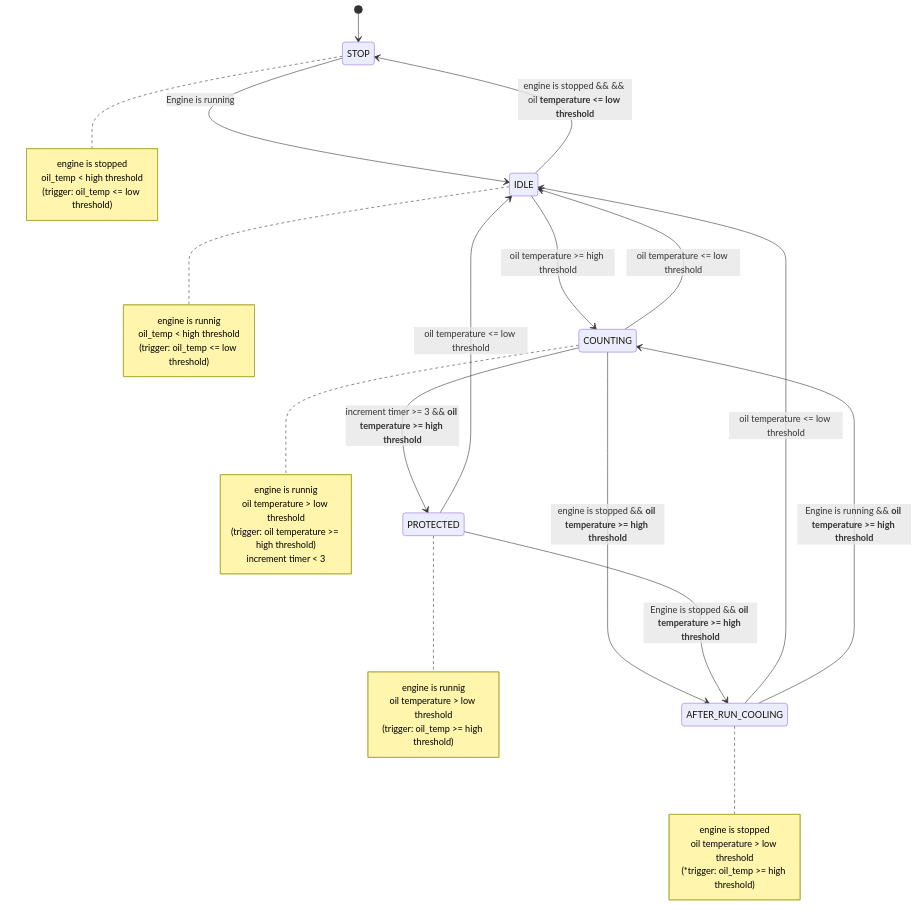
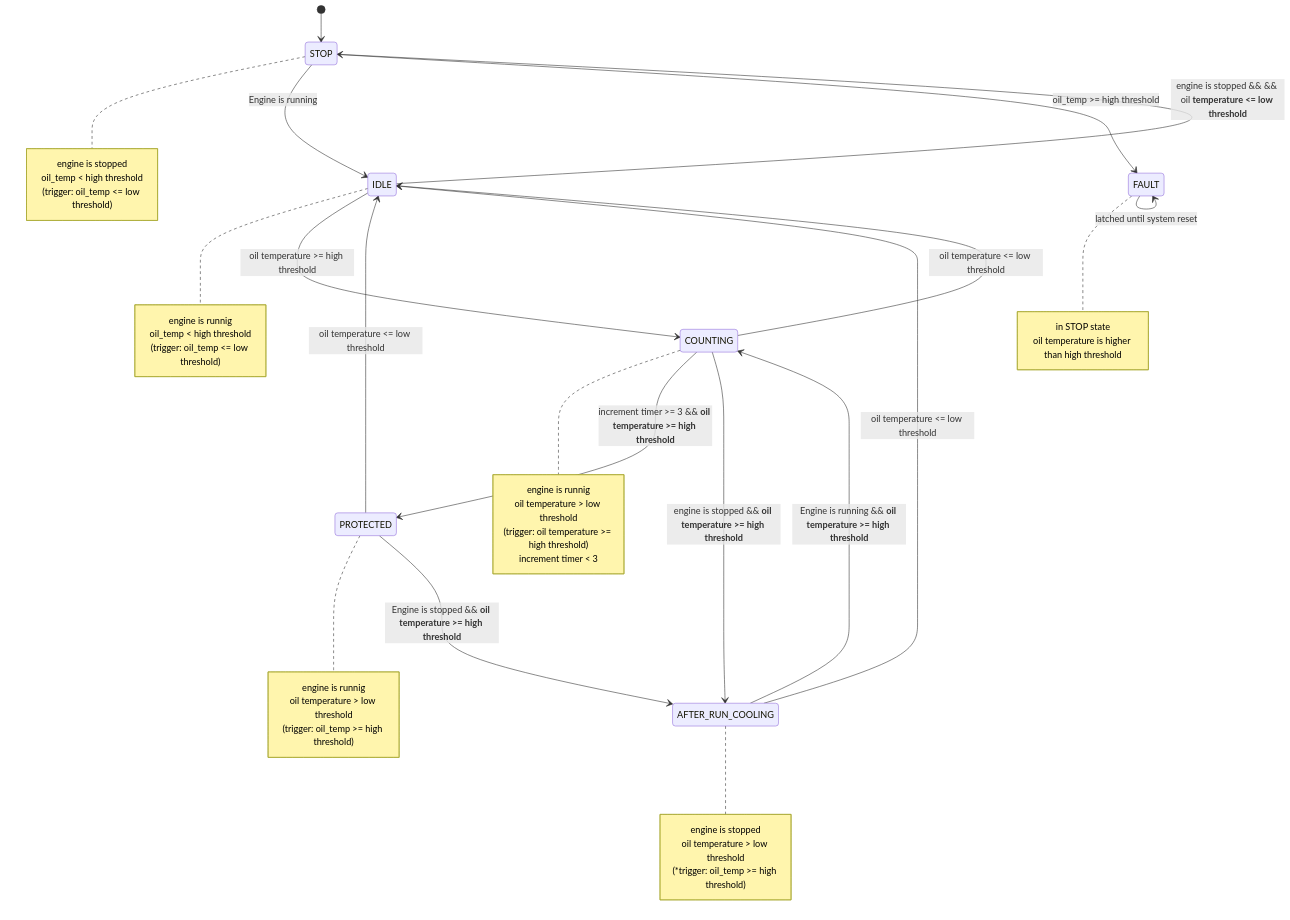
One commit to CY-M02605/Embedded-Control-Architecture changed the diagram in README.md. Above: the diagram before and after it, drawn with Mermaid. The commit also changed other lines of this file and 3 other files, not shown here.

````diff
--- a/README.md
+++ b/README.md
@@ -232,45 +235,52 @@
 ```mermaid
 stateDiagram-v2
     [*] --> STOP
 
     note right of STOP
         engine is stopped
         oil_temp < high threshold
         (trigger: oil_temp <= low threshold)
     end note
     STOP --> IDLE: Engine is running
+    STOP --> FAULT: oil_temp >= high threshold
 
     note right of IDLE
         engine is runnig
         oil_temp < high threshold
         (trigger: oil_temp <= low threshold)
     end note
     IDLE --> COUNTING: oil temperature >= high threshold
     IDLE --> STOP: engine is stopped && && oil **temperature <= low threshold**
 
     note right of COUNTING
         engine is runnig
         oil temperature > low threshold
         (trigger: oil temperature >= high threshold)
         increment timer < 3
     end note
     COUNTING --> PROTECTED: increment timer >= 3 && **oil temperature >= high threshold**
     COUNTING --> IDLE: oil temperature <= low threshold
     COUNTING --> AFTER_RUN_COOLING: engine is stopped && **oil temperature >= high threshold**
 
     note right of PROTECTED
         engine is runnig
         oil temperature > low threshold
         (trigger: oil_temp >= high threshold)
     end note
     PROTECTED --> IDLE: oil temperature <= low threshold
     PROTECTED --> AFTER_RUN_COOLING: Engine is stopped && **oil temperature >= high threshold**
 
     note right of AFTER_RUN_COOLING
         engine is stopped
         oil temperature > low threshold
         (*trigger: oil_temp >= high threshold)
     end note
     AFTER_RUN_COOLING --> IDLE: oil temperature <= low threshold
     AFTER_RUN_COOLING --> COUNTING: Engine is running && **oil temperature >= high threshold**
+
+    note right of FAULT
+        in STOP state
+        oil temperature is higher than high threshold
+    end note
+    FAULT --> FAULT: latched until system reset
 ```
````
